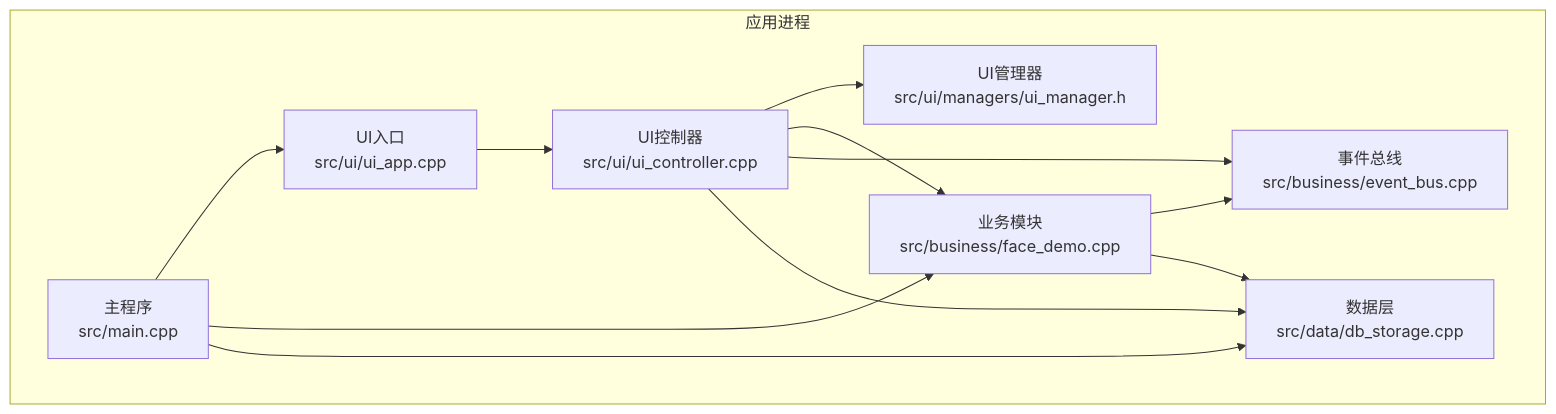
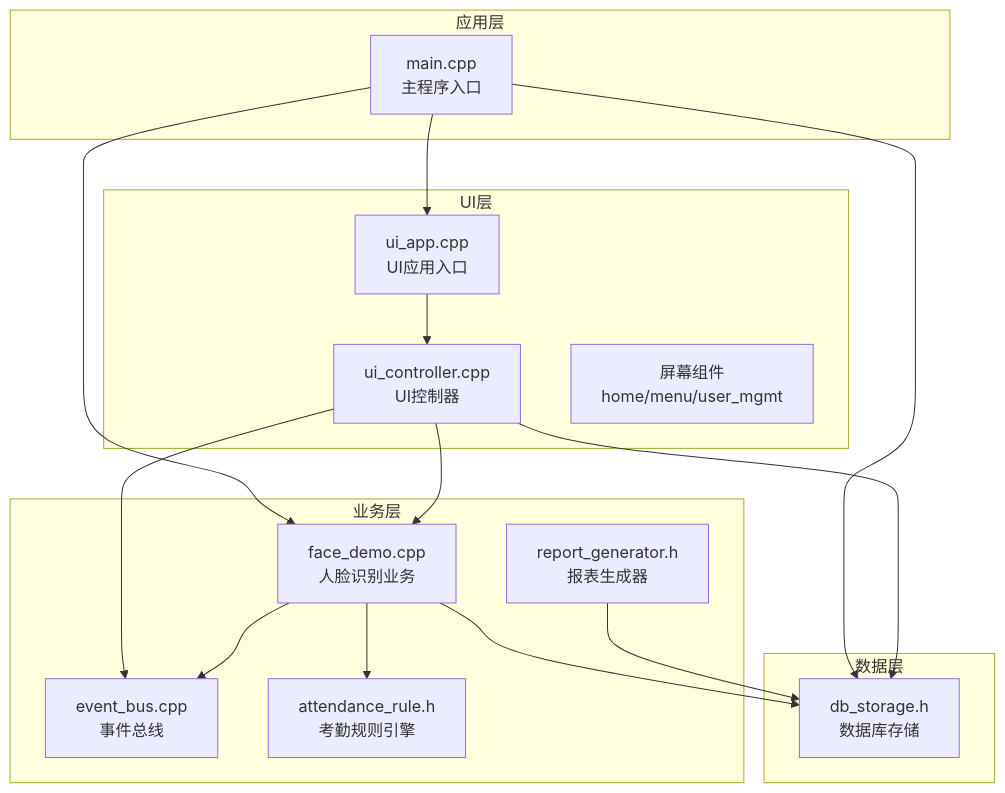
The first of 9 diagrams in .qoder/repowiki/zh/content/系统架构设计/系统架构设计.md (Drunk552/SmartAttendance), drawn with Mermaid before and after one commit. The commit also changed other lines of this file and 119 other files, not shown here.

````diff
--- a/.qoder/repowiki/zh/content/系统架构设计/系统架构设计.md
+++ b/.qoder/repowiki/zh/content/系统架构设计/系统架构设计.md
@@ -43,22 +41,31 @@
 ```mermaid
 graph TB
-subgraph "应用进程"
-A["主程序<br/>src/main.cpp"]
-B["UI入口<br/>src/ui/ui_app.cpp"]
-C["UI控制器<br/>src/ui/ui_controller.cpp"]
-D["UI管理器<br/>src/ui/managers/ui_manager.h"]
-E["业务模块<br/>src/business/face_demo.cpp"]
-F["事件总线<br/>src/business/event_bus.cpp"]
-G["数据层<br/>src/data/db_storage.cpp"]
+subgraph "应用层"
+Main[main.cpp<br/>主程序入口]
 end
-A --> B
-A --> E
-A --> G
-B --> C
-C --> D
-C --> E
-C --> F
-C --> G
-E --> F
-E --> G
+subgraph "UI层"
+UIApp[ui_app.cpp<br/>UI应用入口]
+UIController[ui_controller.cpp<br/>UI控制器]
+Screens[屏幕组件<br/>home/menu/user_mgmt]
+end
+subgraph "业务层"
+EventBus[event_bus.cpp<br/>事件总线]
+FaceDemo[face_demo.cpp<br/>人脸识别业务]
+AttendanceRule[attendance_rule.h<br/>考勤规则引擎]
+ReportGen[report_generator.h<br/>报表生成器]
+end
+subgraph "数据层"
+DBStorage[db_storage.h<br/>数据库存储]
+end
+Main --> UIApp
+Main --> FaceDemo
+Main --> DBStorage
+UIApp --> UIController
+UIController --> EventBus
+UIController --> FaceDemo
+UIController --> DBStorage
+FaceDemo --> EventBus
+FaceDemo --> DBStorage
+FaceDemo --> AttendanceRule
+ReportGen --> DBStorage
 ```
````
